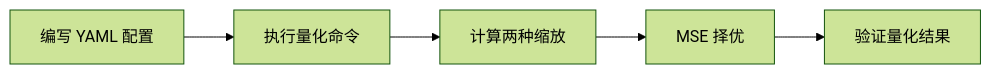
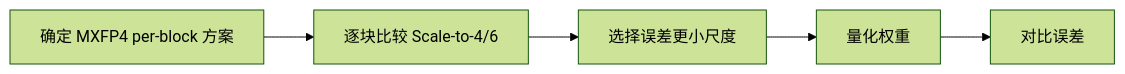
The diagram in msmodelslim/docs/zh/knowledge_base/quantization_algorithms/fouroversix/usage_fouroversix.md (mindstudio-docs/master), drawn with Mermaid (forest theme) before and after one commit. The commit also changed other lines of this file and 73 other files, not shown here.

````diff
--- a/msmodelslim/docs/zh/knowledge_base/quantization_algorithms/fouroversix/usage_fouroversix.md
+++ b/msmodelslim/docs/zh/knowledge_base/quantization_algorithms/fouroversix/usage_fouroversix.md
@@ -41,7 +24,7 @@
 ```mermaid
 flowchart LR
-    A[编写 YAML 配置] --> B[执行量化命令]
-    B --> C[计算两种缩放]
-    C --> D[MSE 择优]
-    D --> E[验证量化结果]
+    A[确定 MXFP4 per-block 方案] --> B[逐块比较 Scale-to-4/6]
+    B[逐块比较 Scale-to-4/6] --> C[选择误差更小尺度]
+    C[选择误差更小尺度] --> D[量化权重]
+    D[量化权重] --> E[对比误差]
 ```
````
